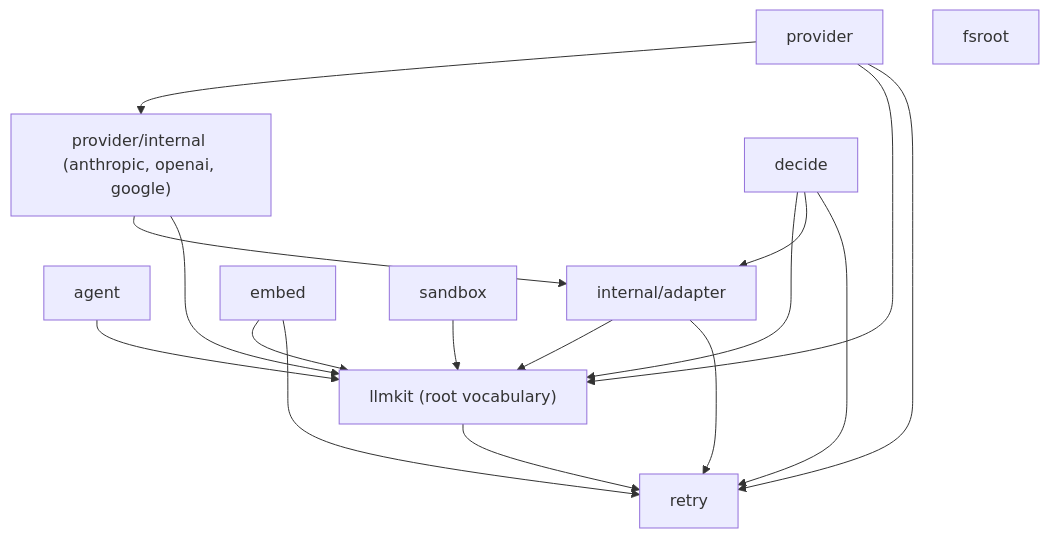
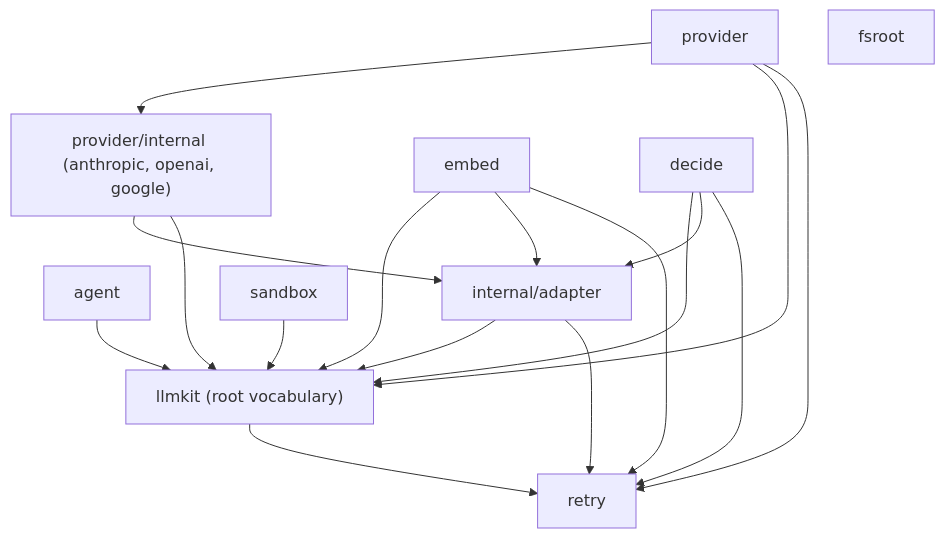
The diagram in docs/design.md (dpoage/llmkit), drawn with Mermaid before and after one commit. The commit also changed other lines of this file and 40 other files, not shown here.

````diff
--- a/docs/design.md
+++ b/docs/design.md
@@ -12,21 +12,22 @@
 ```mermaid
 flowchart TD
     AGENT["agent"]
     PROV["provider"] --> ADAPTERS["provider/internal (anthropic, openai, google)"]
     ADAPTERS --> IA["internal/adapter"]
     IA --> ROOT["llmkit (root vocabulary)"]
     ADAPTERS --> ROOT
     PROV --> ROOT
     AGENT --> ROOT
     EMBED["embed"] --> ROOT
+    EMBED --> IA
     SANDBOX["sandbox"] --> ROOT
     DECIDE["decide"] --> ROOT
     DECIDE --> IA
     RETRY["retry"]
     ROOT --> RETRY
     IA --> RETRY
     PROV --> RETRY
     EMBED --> RETRY
     DECIDE --> RETRY
     FSROOT["fsroot"]
 ```
````
